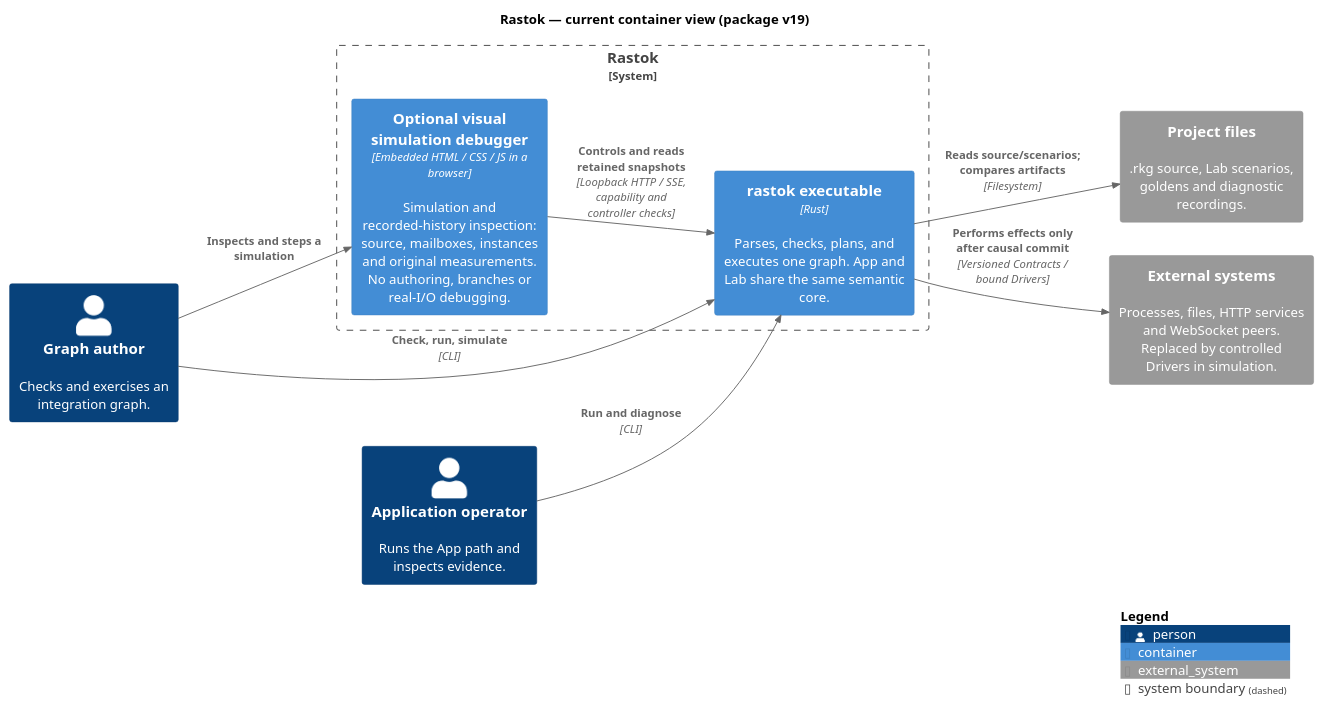
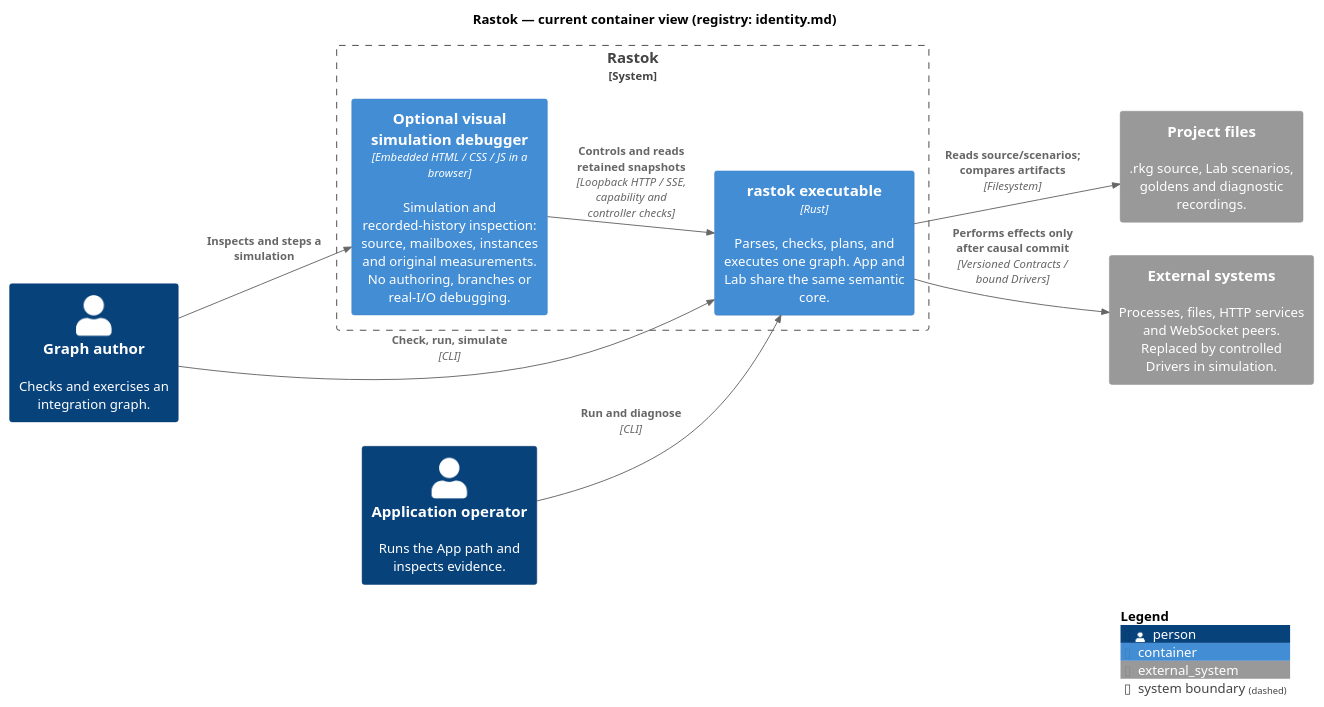
The diagram in docs/architecture/02-rastok-container.puml (rastok-io/rastok), drawn with PlantUML before and after one commit. The commit also changed 13 other files, not shown here.

```diff
--- a/docs/architecture/02-rastok-container.puml
+++ b/docs/architecture/02-rastok-container.puml
@@ -1,27 +1,27 @@
 @startuml 02-rastok-container
 skinparam backgroundColor white
 !include <C4/C4_Container>
 
 LAYOUT_LEFT_RIGHT()
-title Rastok — current container view (package v19)
+title Rastok — current container view (registry: identity.md)
 
 Person(author, "Graph author", "Checks and exercises an integration graph.")
 Person(operator, "Application operator", "Runs the App path and inspects evidence.")
 
 System_Ext(project, "Project files", ".rkg source, Lab scenarios, goldens and diagnostic recordings.")
 System_Ext(world, "External systems", "Processes, files, HTTP services and WebSocket peers. Replaced by controlled Drivers in simulation.")
 
 System_Boundary(rastok_boundary, "Rastok") {
   Container(rastok_exec, "rastok executable", "Rust", "Parses, checks, plans, and executes one graph. App and Lab share the same semantic core.")
   Container(browser, "Optional visual simulation debugger", "Embedded HTML / CSS / JS in a browser", "Simulation and recorded-history inspection: source, mailboxes, instances and original measurements. No authoring, branches or real-I/O debugging.")
 }
 
 Rel(author, rastok_exec, "Check, run, simulate", "CLI")
 Rel(operator, rastok_exec, "Run and diagnose", "CLI")
 Rel(rastok_exec, project, "Reads source/scenarios; compares artifacts", "Filesystem")
 Rel(rastok_exec, world, "Performs effects only after causal commit", "Versioned Contracts / bound Drivers")
 Rel(author, browser, "Inspects and steps a simulation")
 Rel(browser, rastok_exec, "Controls and reads retained snapshots", "Loopback HTTP / SSE, capability and controller checks")
 
 SHOW_LEGEND()
 @enduml
```
